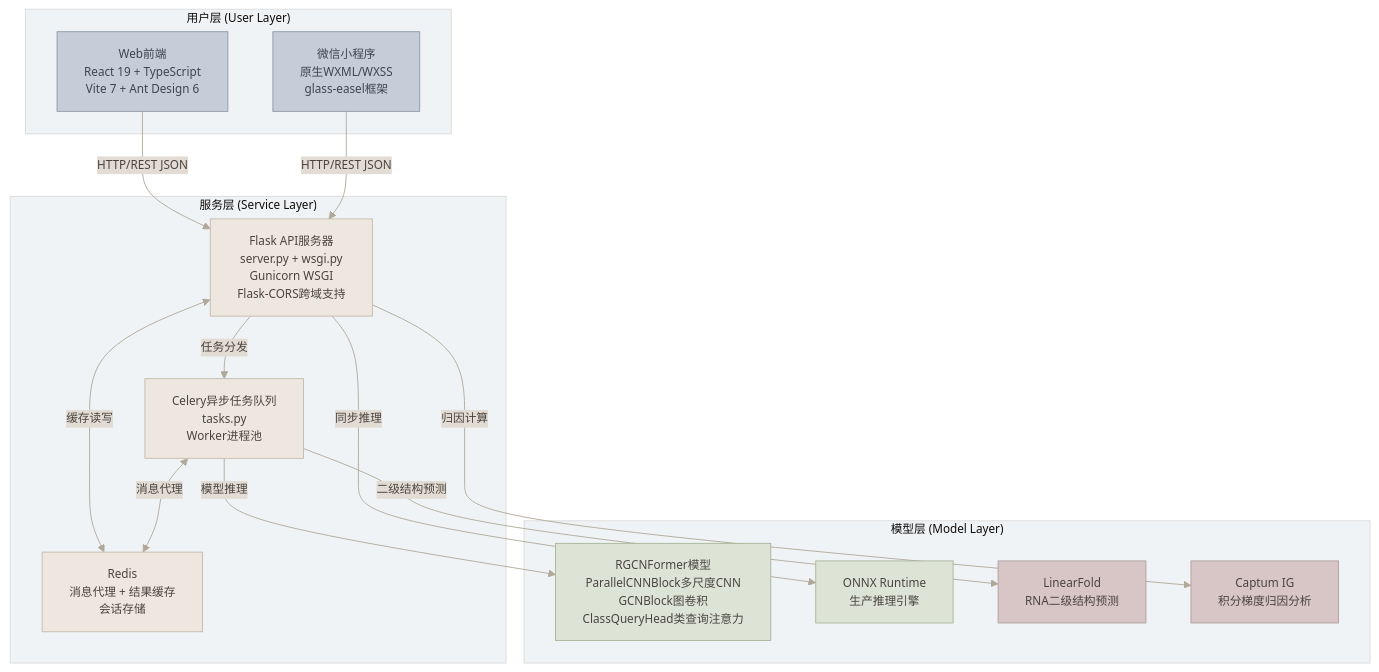
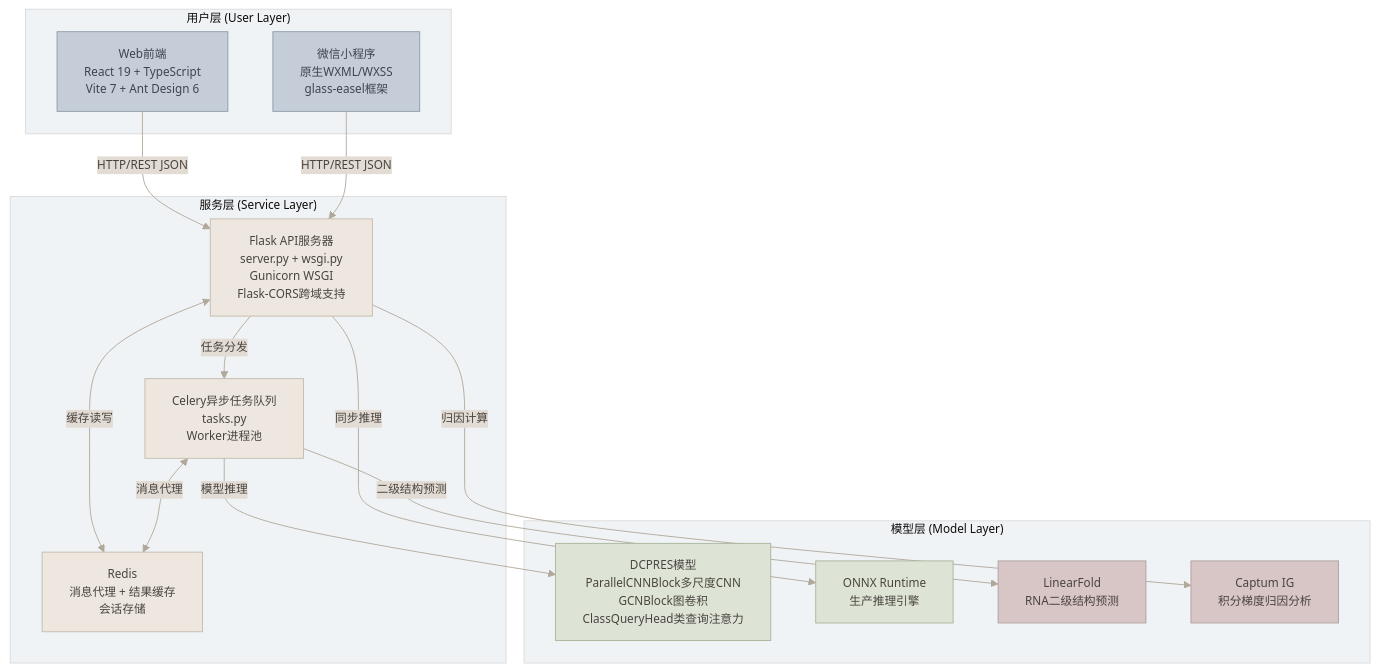
The second of 19 diagrams in md/RMA序列修饰检测可视化系统架构说明文档.md (fdiskdc/RGCNFormer_WebAndWx_backend), drawn with Mermaid before and after one commit. The commit also changed other lines of this file, not shown here.

````diff
--- a/md/RMA序列修饰检测可视化系统架构说明文档.md
+++ b/md/RMA序列修饰检测可视化系统架构说明文档.md
@@ -262,36 +272,36 @@
 ```mermaid
 %%{init: {'theme': 'base', 'themeVariables': {'primaryColor': '#EDE7E0', 'primaryTextColor': '#4A4440', 'primaryBorderColor': '#C4BAA8', 'lineColor': '#B0A898', 'secondaryColor': '#E2DCD4', 'background': '#F8F5F0', 'fontSize': '13px'}}}%%
 graph TB
     classDef user fill:#C5CDD8,stroke:#8E9AAA,stroke-width:1px,color:#3D4550
     classDef service fill:#EDE7E0,stroke:#C4BAA8,stroke-width:1px,color:#4A4440
     classDef model fill:#DDE4D6,stroke:#A8B49A,stroke-width:1px,color:#4A4440
     classDef tool fill:#D8C5C5,stroke:#B0A0A0,stroke-width:1px,color:#4A4440
 
     subgraph 用户层["用户层 (User Layer)"]
         Web[Web前端<br/>React 19 + TypeScript<br/>Vite 7 + Ant Design 6]:::user
         WxApp[微信小程序<br/>原生WXML/WXSS<br/>glass-easel框架]:::user
     end
 
     subgraph 服务层["服务层 (Service Layer)"]
         Flask[Flask API服务器<br/>server.py + wsgi.py<br/>Gunicorn WSGI<br/>Flask-CORS跨域支持]:::service
         Celery[Celery异步任务队列<br/>tasks.py<br/>Worker进程池]:::service
         Redis[Redis<br/>消息代理 + 结果缓存<br/>会话存储]:::service
     end
 
     subgraph 模型层["模型层 (Model Layer)"]
-        RGCNFormer[RGCNFormer模型<br/>ParallelCNNBlock多尺度CNN<br/>GCNBlock图卷积<br/>ClassQueryHead类查询注意力]:::model
+        DCPRES[DCPRES模型<br/>ParallelCNNBlock多尺度CNN<br/>GCNBlock图卷积<br/>ClassQueryHead类查询注意力]:::model
         ONNX[ONNX Runtime<br/>生产推理引擎]:::model
         LinearFold[LinearFold<br/>RNA二级结构预测]:::tool
         Captum[Captum IG<br/>积分梯度归因分析]:::tool
     end
 
     Web -->|HTTP/REST JSON| Flask
     WxApp -->|HTTP/REST JSON| Flask
     Flask -->|任务分发| Celery
     Flask <-->|缓存读写| Redis
     Celery <-->|消息代理| Redis
-    Celery -->|模型推理| RGCNFormer
+    Celery -->|模型推理| DCPRES
     Flask -->|同步推理| ONNX
     Celery -->|二级结构预测| LinearFold
     Flask -->|归因计算| Captum
 ```
````
